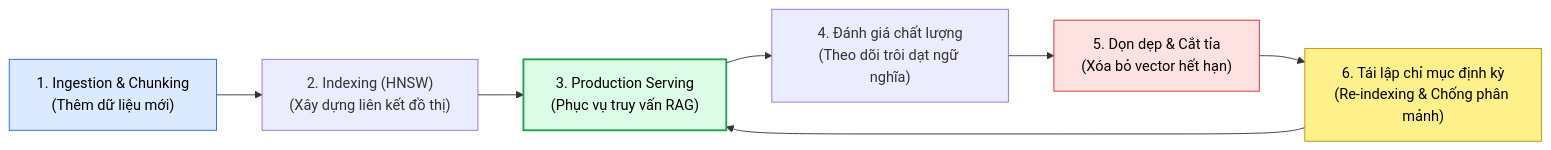
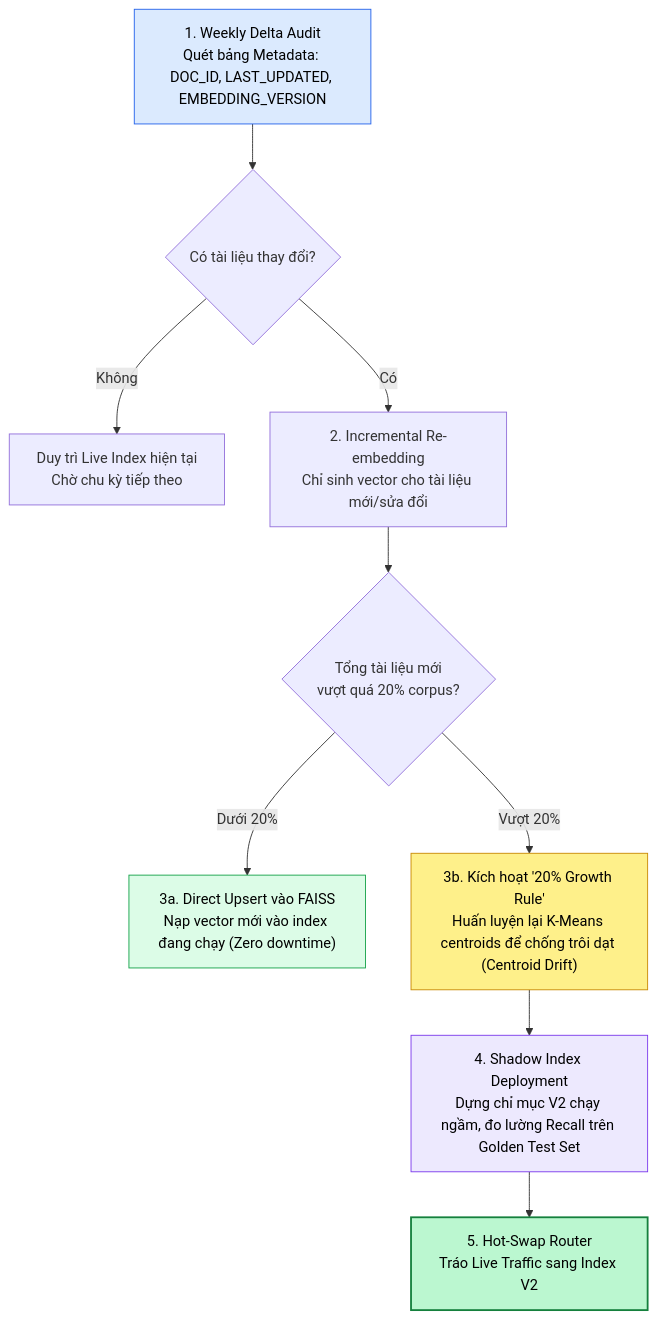
Before and after one commit to LeNguyenHaiDuong/agent_course: diagram 12 of 13 in 01-research-and-foundations/03-semantic-search/03_embeddings_and_vector_databases.md, drawn with Mermaid. The commit also changed other lines of this file and 1 other file, not shown here.

Commit message:
feat(rag): incorporate 'How Database & Embedding Choices Affect RAG' into note 03

````diff
--- a/01-research-and-foundations/03-semantic-search/03_embeddings_and_vector_databases.md
+++ b/01-research-and-foundations/03-semantic-search/03_embeddings_and_vector_databases.md
@@ -622,14 +789,22 @@
 ```mermaid
-flowchart LR
-    Ingest["1. Ingestion & Chunking<br>(Thêm dữ liệu mới)"] --> Index["2. Indexing (HNSW)<br>(Xây dựng liên kết đồ thị)"]
-    Index --> Query["3. Production Serving<br>(Phục vụ truy vấn RAG)"]
-    Query --> Monitor["4. Đánh giá chất lượng<br>(Theo dõi trôi dạt ngữ nghĩa)"]
-    Monitor --> Prune["5. Dọn dẹp & Cắt tỉa<br>(Xóa bỏ vector hết hạn)"]
-    Prune --> ReIndex["6. Tái lập chỉ mục định kỳ<br>(Re-indexing & Chống phân mảnh)"]
-    ReIndex --> Query
+flowchart TD
+    Audit["1. Weekly Delta Audit<br>Quét bảng Metadata: DOC_ID, LAST_UPDATED, EMBEDDING_VERSION"] 
+    --> Filter{"Có tài liệu thay đổi?"}
+    
+    Filter -->|Không| Sleep["Duy trì Live Index hiện tại<br>Chờ chu kỳ tiếp theo"]
+    Filter -->|Có| ReEmbed["2. Incremental Re-embedding<br>Chỉ sinh vector cho tài liệu mới/sửa đổi"]
+    
+    ReEmbed --> CheckGrowth{"Tổng tài liệu mới<br>vượt quá 20% corpus?"}
+    
+    CheckGrowth -->|Dưới 20%| DirectUpsert["3a. Direct Upsert vào FAISS<br>Nạp vector mới vào index đang chạy (Zero downtime)"]
+    CheckGrowth -->|Vượt 20%| RetrainIVF["3b. Kích hoạt '20% Growth Rule'<br>Huấn luyện lại K-Means centroids để chống trôi dạt (Centroid Drift)"]
+    
+    RetrainIVF --> Shadow["4. Shadow Index Deployment<br>Dựng chỉ mục V2 chạy ngầm, đo lường Recall trên Golden Test Set"]
+    Shadow --> Swap["5. Hot-Swap Router<br>Tráo Live Traffic sang Index V2"]
 
-    style Ingest fill:#dbeafe,stroke:#2563eb,stroke-width:1px,color:#000000
-    style Query fill:#dcfce7,stroke:#16a34a,stroke-width:2px,color:#000000
-    style Prune fill:#fee2e2,stroke:#dc2626,stroke-width:1px,color:#000000
-    style ReIndex fill:#fef08a,stroke:#ca8a04,stroke-width:1px,color:#000000
+    style Audit fill:#dbeafe,stroke:#2563eb,stroke-width:1px,color:#000000
+    style DirectUpsert fill:#dcfce7,stroke:#16a34a,stroke-width:1px,color:#000000
+    style RetrainIVF fill:#fef08a,stroke:#ca8a04,stroke-width:1px,color:#000000
+    style Shadow fill:#ede9fe,stroke:#7c3aed,stroke-width:1px,color:#000000
+    style Swap fill:#bbf7d0,stroke:#15803d,stroke-width:2px,color:#000000
 ```
````
